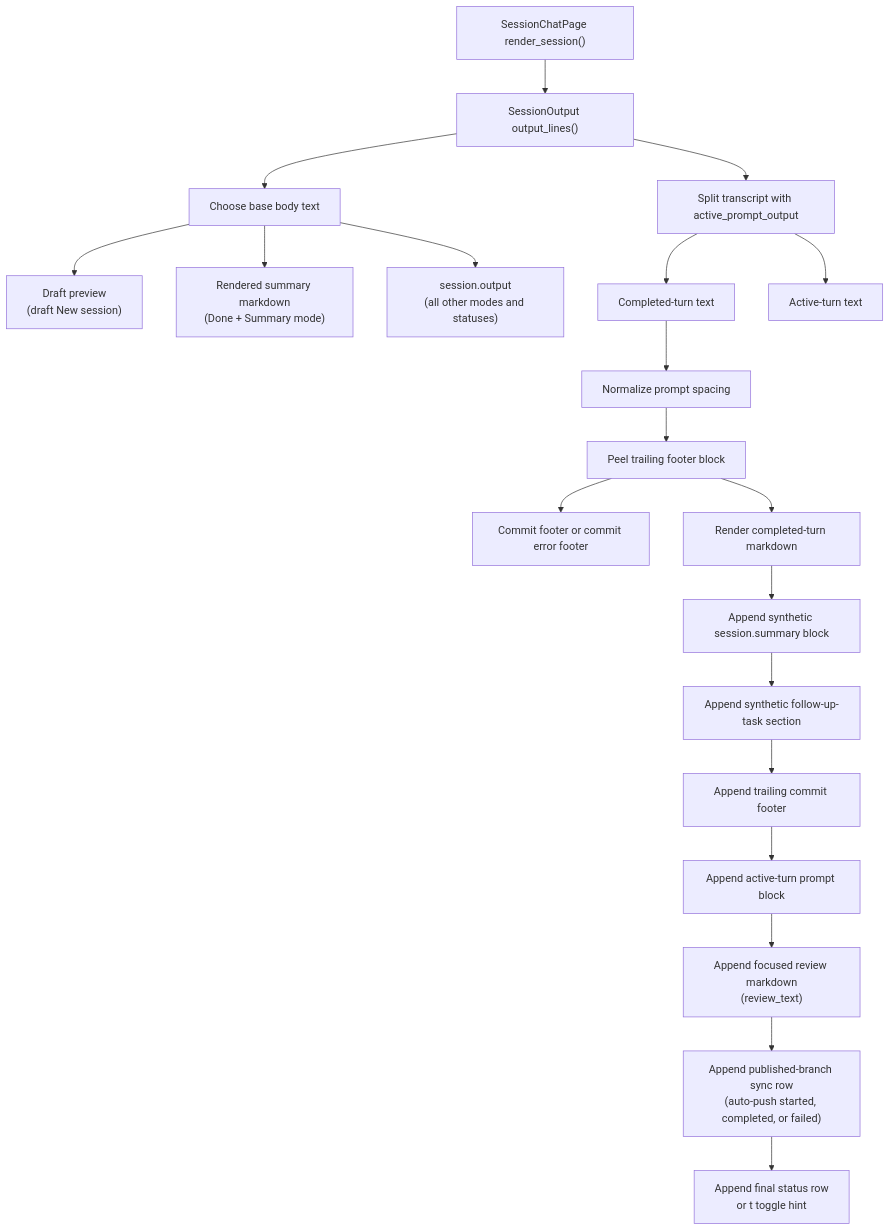
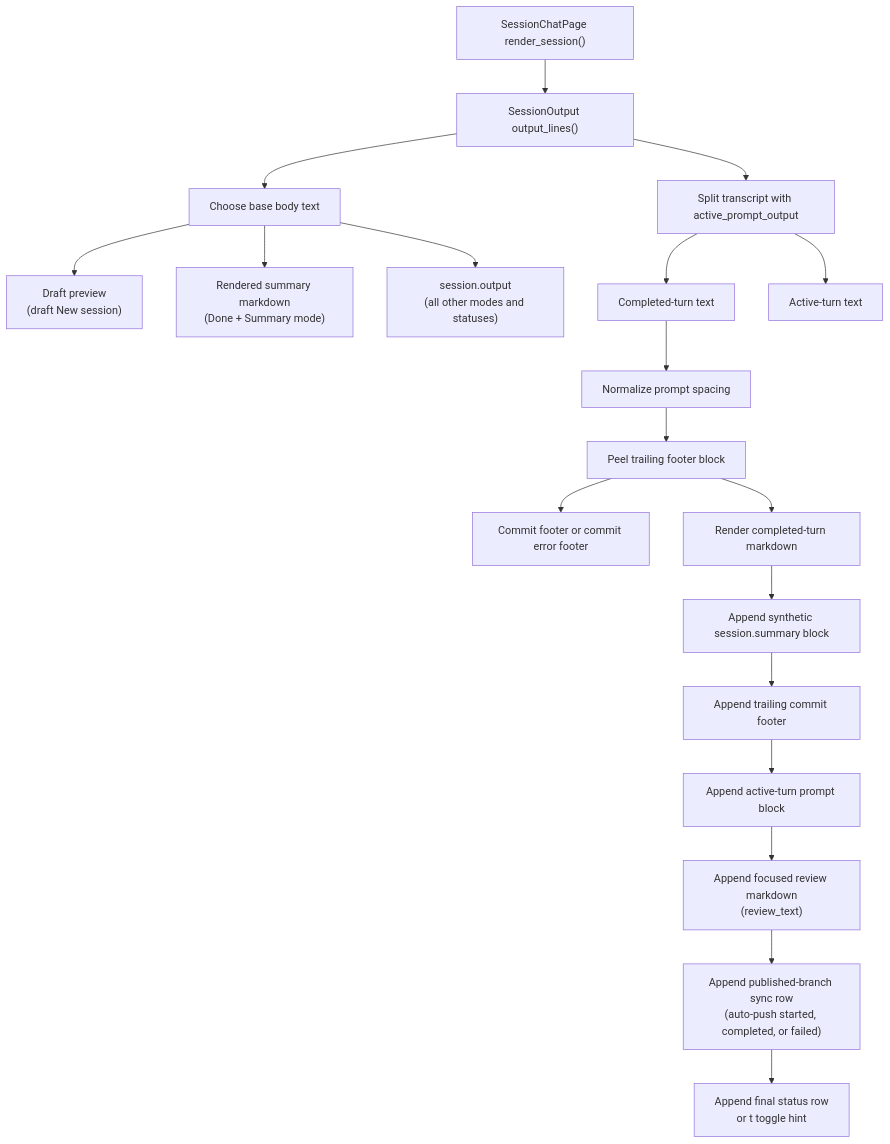
The second of 4 diagrams in docs/site/content/docs/architecture/runtime-flow.md (opencloudtool/agentty), drawn with Mermaid before and after one commit. The commit also changed other lines of this file and 41 other files, not shown here.

First line of the commit message:
Drop persisted follow-up tasks from session protocol and UI

````diff
--- a/docs/site/content/docs/architecture/runtime-flow.md
+++ b/docs/site/content/docs/architecture/runtime-flow.md
@@ -217,32 +209,31 @@
 ```mermaid
 flowchart TD
   render["SessionChatPage render_session()"]
   lines["SessionOutput output_lines()"]
   render --> lines
 
   base["Choose base body text"]
   lines --> base
   base --> draft["Draft preview<br/>(draft New session)"]
   base --> done_summary["Rendered summary markdown<br/>(Done + Summary mode)"]
   base --> transcript["session.output<br/>(all other modes and statuses)"]
 
   split["Split transcript with active_prompt_output"]
   completed["Completed-turn text"]
   active["Active-turn text"]
   lines --> split
   split --> completed
   split --> active
 
   completed --> spacing["Normalize prompt spacing"]
   spacing --> footer_split["Peel trailing footer block"]
   footer_split --> footer_kind["Commit footer or commit error footer"]
   footer_split --> completed_md["Render completed-turn markdown"]
 
   completed_md --> summary["Append synthetic session.summary block"]
-  summary --> tasks["Append synthetic follow-up-task section"]
-  tasks --> footer["Append trailing commit footer"]
+  summary --> footer["Append trailing commit footer"]
   footer --> active_prompt["Append active-turn prompt block"]
   active_prompt --> review["Append focused review markdown<br/>(review_text)"]
   review --> branch_sync["Append published-branch sync row<br/>(auto-push started, completed, or failed)"]
   branch_sync --> final_row["Append final status row<br/>or t toggle hint"]
 ```
````
